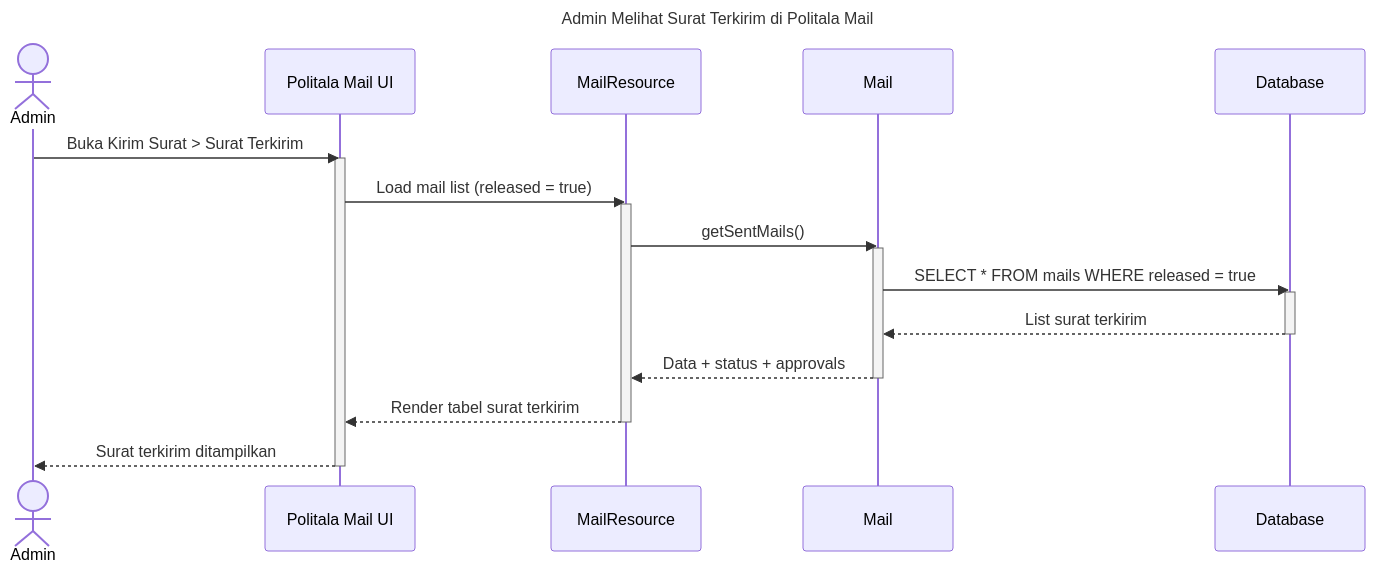
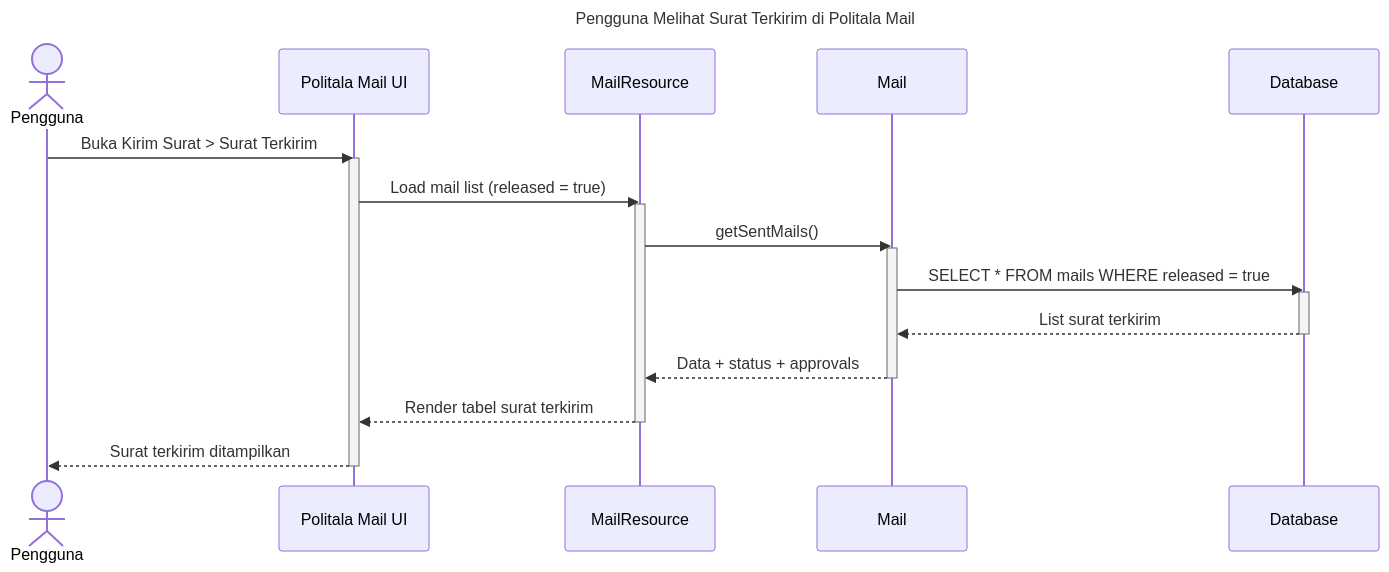
Before and after one commit to davidhadinugroho24601/UML-politala-mail: the diagram in Manage Sent Mails/read sent.md, drawn with Mermaid. The commit also changed 8 other files, not shown here.

````diff
--- a/Manage Sent Mails/read sent.md
+++ b/Manage Sent Mails/read sent.md
@@ -1,30 +1,30 @@
 ```mermaid
 
 sequenceDiagram
-    title Admin Melihat Surat Terkirim di Politala Mail
+    title Pengguna Melihat Surat Terkirim di Politala Mail
 
-    actor Admin
+    actor Pengguna
     participant FilamentUI as Politala Mail UI
     participant MailResource
     participant MailModel as Mail
     participant DB as Database
 
-    Admin ->> FilamentUI: Buka Kirim Surat > Surat Terkirim
+    Pengguna ->> FilamentUI: Buka Kirim Surat > Surat Terkirim
     activate FilamentUI
     FilamentUI ->> MailResource: Load mail list (released = true)
     activate MailResource
     MailResource ->> MailModel: getSentMails()
     activate MailModel
     MailModel ->> DB: SELECT * FROM mails WHERE released = true
     activate DB
     DB -->> MailModel: List surat terkirim
     deactivate DB
     MailModel -->> MailResource: Data + status + approvals
     deactivate MailModel
     MailResource -->> FilamentUI: Render tabel surat terkirim
     deactivate MailResource
-    FilamentUI -->> Admin: Surat terkirim ditampilkan
+    FilamentUI -->> Pengguna: Surat terkirim ditampilkan
     deactivate FilamentUI
 
 
 ```
````
